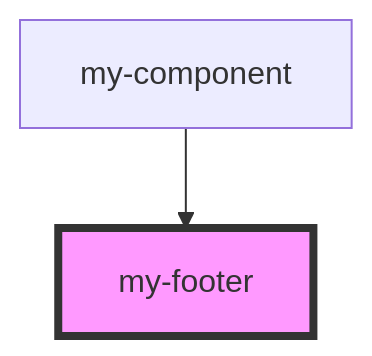
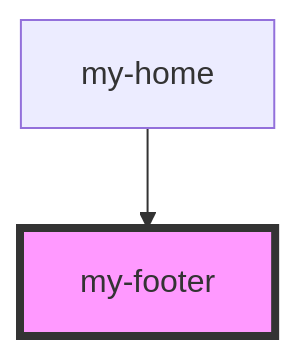
The diagram in src/components/my-footer/readme.md (jayeshrahinj/Healthpro-Appointment), drawn with Mermaid before and after one commit. The commit also changed other lines of this file and 158 other files, not shown here.

````diff
--- a/src/components/my-footer/readme.md
+++ b/src/components/my-footer/readme.md
@@ -15,5 +22,5 @@
 ```mermaid
 graph TD;
-  my-component --> my-footer
+  my-home --> my-footer
   style my-footer fill:#f9f,stroke:#333,stroke-width:4px
 ```
````
